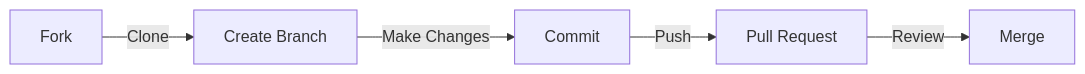
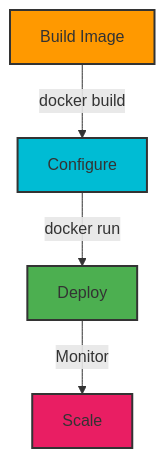
One commit to sh33ikh/PintrestDownloadsBot changed the fourth of 6 diagrams in README.md. Above: the diagram before and after it, drawn with Mermaid. The commit also changed other lines of this file, not shown here.

````diff
--- a/README.md
+++ b/README.md
@@ -126,7 +115,11 @@
 ```mermaid
-graph LR
-    A[Fork] -->|Clone| B[Create Branch]
-    B -->|Make Changes| C[Commit]
-    C -->|Push| D[Pull Request]
-    D -->|Review| E[Merge]
+graph TD
+    A[Build Image] -->|docker build| B[Configure]
+    B -->|docker run| C[Deploy]
+    C -->|Monitor| D[Scale]
+    
+    style A fill:#ff9900,stroke:#333,stroke-width:2px
+    style B fill:#00bcd4,stroke:#333,stroke-width:2px
+    style C fill:#4caf50,stroke:#333,stroke-width:2px
+    style D fill:#e91e63,stroke:#333,stroke-width:2px
 ```
````
